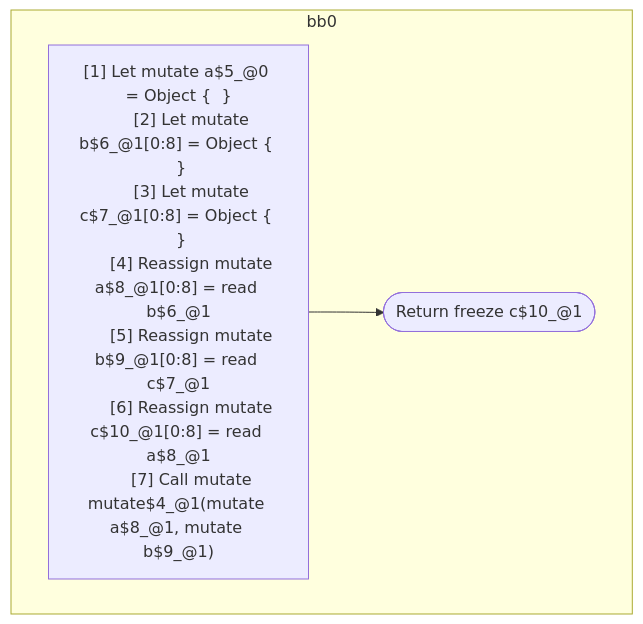
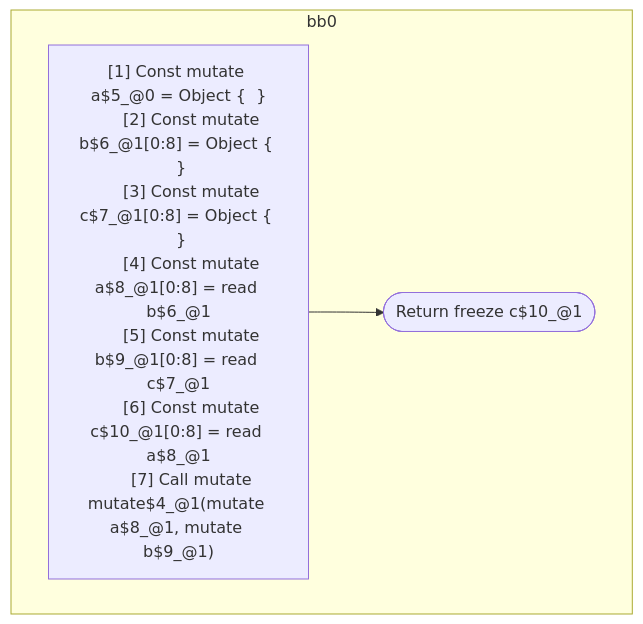
Before and after one commit to wutsmog/private: the second of 2 diagrams in compiler/forget/src/__tests__/fixtures/hir/simple-alias.expect.md, drawn with Mermaid. The commit also changed other lines of this file and 61 other files, not shown here.

````diff
--- a/compiler/forget/src/__tests__/fixtures/hir/simple-alias.expect.md
+++ b/compiler/forget/src/__tests__/fixtures/hir/simple-alias.expect.md
@@ -63,19 +63,19 @@
 ```mermaid
 flowchart TB
   %% Basic Blocks
   subgraph bb0
     bb0_instrs["
-      [1] Let mutate a$5_@0 = Object {  }
-      [2] Let mutate b$6_@1[0:8] = Object {  }
-      [3] Let mutate c$7_@1[0:8] = Object {  }
-      [4] Reassign mutate a$8_@1[0:8] = read b$6_@1
-      [5] Reassign mutate b$9_@1[0:8] = read c$7_@1
-      [6] Reassign mutate c$10_@1[0:8] = read a$8_@1
+      [1] Const mutate a$5_@0 = Object {  }
+      [2] Const mutate b$6_@1[0:8] = Object {  }
+      [3] Const mutate c$7_@1[0:8] = Object {  }
+      [4] Const mutate a$8_@1[0:8] = read b$6_@1
+      [5] Const mutate b$9_@1[0:8] = read c$7_@1
+      [6] Const mutate c$10_@1[0:8] = read a$8_@1
       [7] Call mutate mutate$4_@1(mutate a$8_@1, mutate b$9_@1)
     "]
     bb0_instrs --> bb0_terminal(["Return freeze c$10_@1"])
   end
 
   %% Jumps
   %% empty
 ```
````
